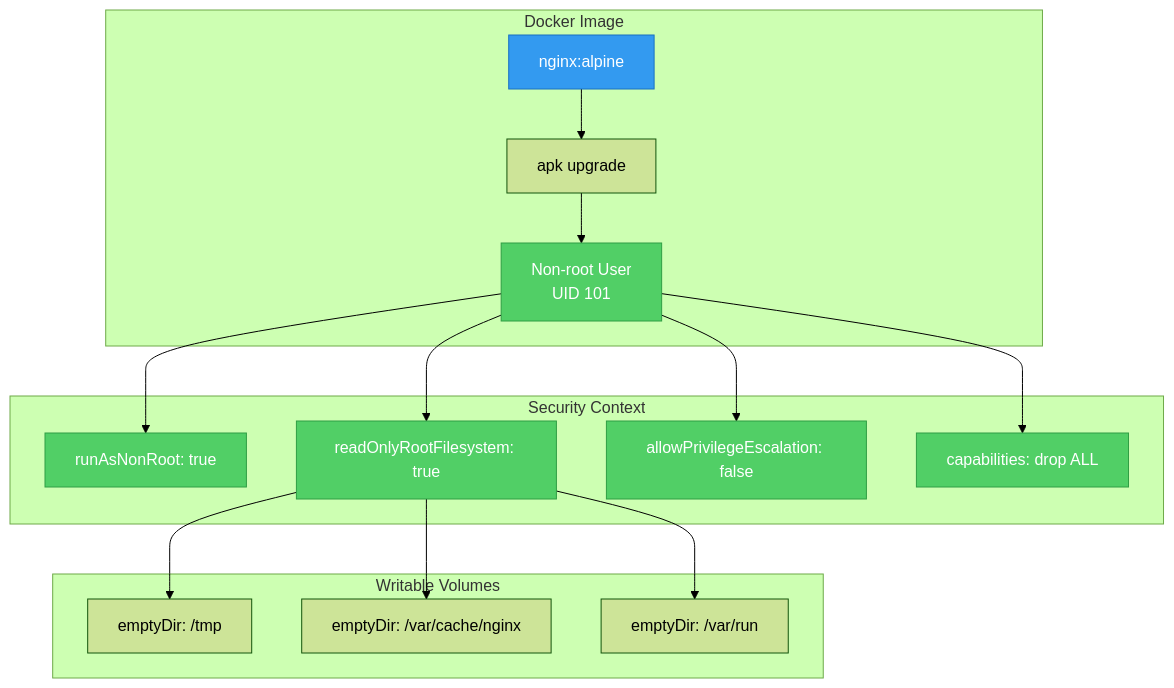
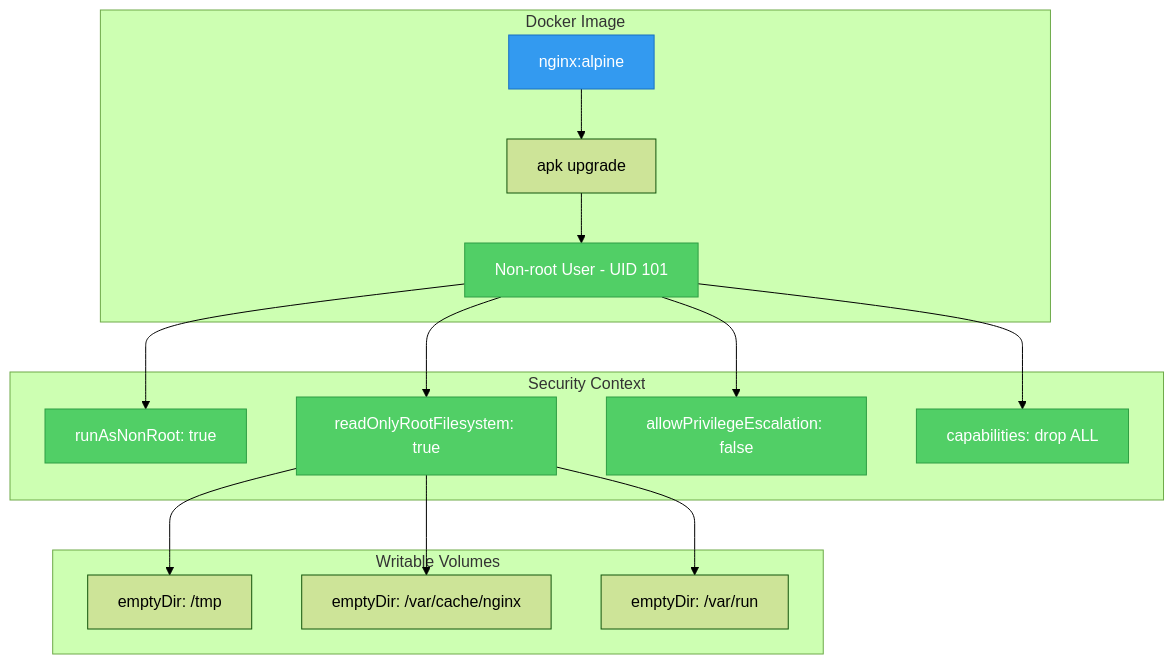
The fifth of 7 diagrams in README.md (bryandino673/secure-scan-static-site), drawn with Mermaid (forest theme) before and after one commit. The commit also changed other lines of this file, not shown here.

````diff
--- a/README.md
+++ b/README.md
@@ -123,28 +123,28 @@
 ```mermaid
 flowchart TB
     subgraph "Docker Image"
         BASE[nginx:alpine]
         BASE --> PKG[apk upgrade]
-        PKG --> USER[Non-root User<br/>UID 101]
+        PKG --> USER[Non-root User - UID 101]
     end
     
     subgraph "Security Context"
         USER --> ROOT[runAsNonRoot: true]
         USER --> FS[readOnlyRootFilesystem: true]
         USER --> ESC[allowPrivilegeEscalation: false]
         USER --> CAP[capabilities: drop ALL]
     end
     
     subgraph "Writable Volumes"
         FS --> TMP[emptyDir: /tmp]
         FS --> CACHE[emptyDir: /var/cache/nginx]
         FS --> RUN[emptyDir: /var/run]
     end
     
     style BASE fill:#339af0,stroke:#1971c2,color:#fff
     style USER fill:#51cf66,stroke:#2f9e44,color:#fff
     style ROOT fill:#51cf66,stroke:#2f9e44,color:#fff
     style FS fill:#51cf66,stroke:#2f9e44,color:#fff
     style ESC fill:#51cf66,stroke:#2f9e44,color:#fff
     style CAP fill:#51cf66,stroke:#2f9e44,color:#fff
 ```
````
